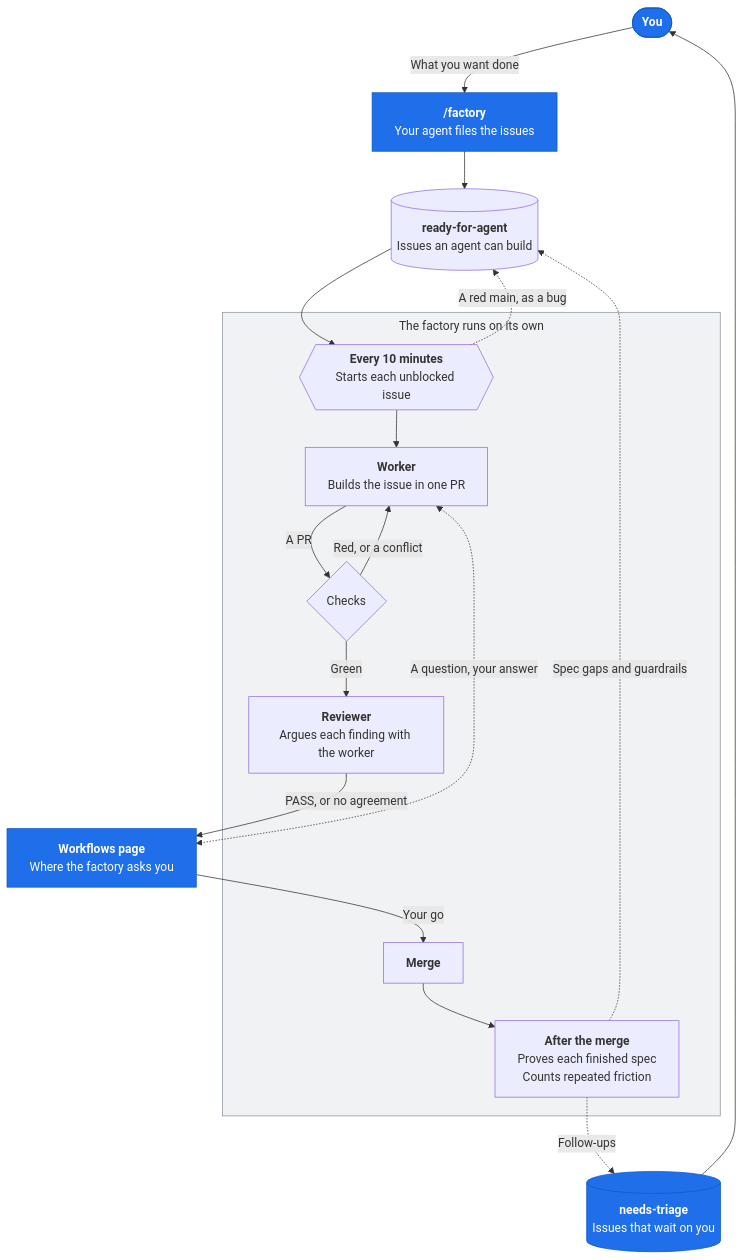
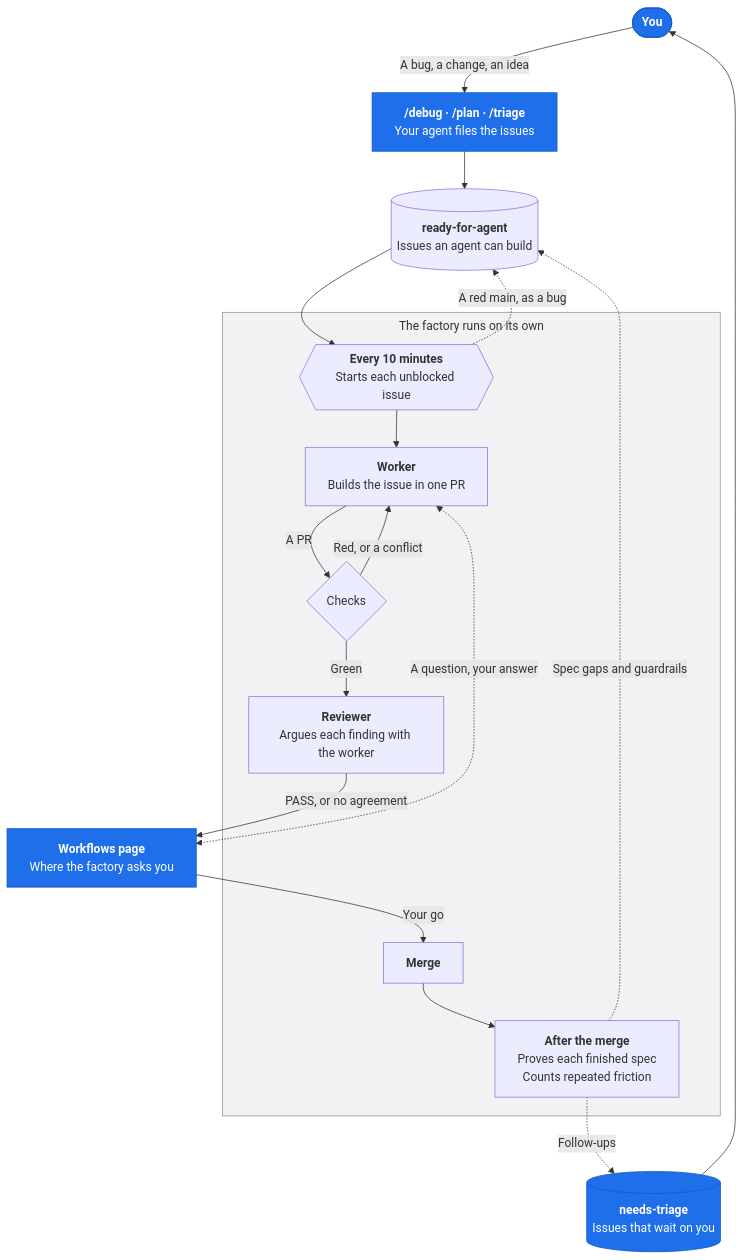
The diagram in README.md (dante-sparras/skills), drawn with Mermaid before and after one commit. The commit also changed other lines of this file and 20 other files, not shown here.

````diff
--- a/README.md
+++ b/README.md
@@ -17,37 +17,37 @@
 ```mermaid
 %%{init: {"flowchart": {"subGraphTitleMargin": {"top": 6, "bottom": 12}}}}%%
 flowchart TD
     you(["<b>You</b>"]):::you
-    intake["<b>/factory</b><br/>Your agent files the issues"]:::you
+    intake["<b>/debug · /plan · /triage</b><br/>Your agent files the issues"]:::you
     ready[("<b>ready-for-agent</b><br/>Issues an agent can build")]
     ask["<b>Workflows page</b><br/>Where the factory asks you"]:::you
     triage[("<b>needs-triage</b><br/>Issues that wait on you")]:::you
 
     subgraph factory["The factory runs on its own"]
         start{{"<b>Every 10 minutes</b><br/>Starts each unblocked issue"}}
         worker["<b>Worker</b><br/>Builds the issue in one PR"]
         checks{"Checks"}
         review["<b>Reviewer</b><br/>Argues each finding with the worker"]
         merge["<b>Merge</b>"]
         learn["<b>After the merge</b><br/>Proves each finished spec<br/>Counts repeated friction"]
     end
 
-    you -- "What you want done" --> intake
+    you -- "A bug, a change, an idea" --> intake
     intake --> ready
     ready --> start
     start --> worker
     worker -- "A PR" --> checks
     checks -- "Red, or a conflict" --> worker
     checks -- "Green" --> review
     review -- "PASS, or no agreement" --> ask
     worker <-. "A question, your answer" .-> ask
     ask -- "Your go" --> merge
     merge --> learn
     start -. "A red main, as a bug" .-> ready
     learn -. "Spec gaps and guardrails" .-> ready
     learn -. "Follow-ups" .-> triage
     triage --> you
 
     classDef you fill:#1f6feb,stroke:#1158c7,color:#ffffff
     style factory fill:#8b949e1f,stroke:#8b949e
 ```
````
